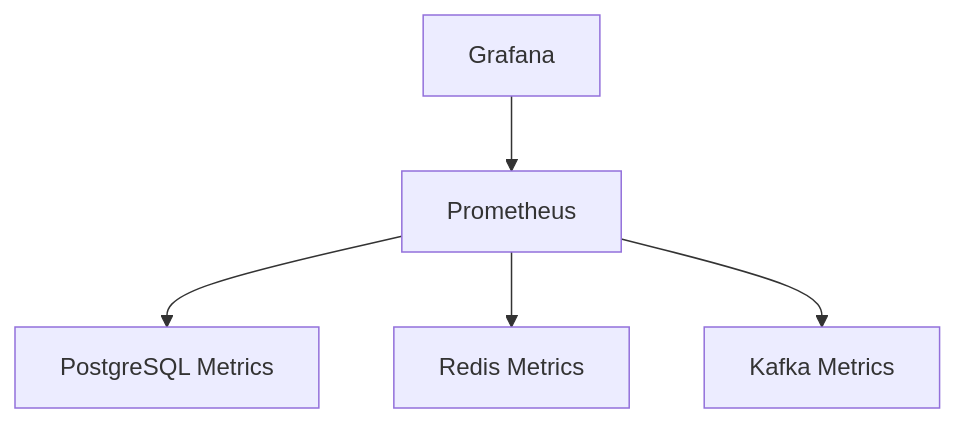
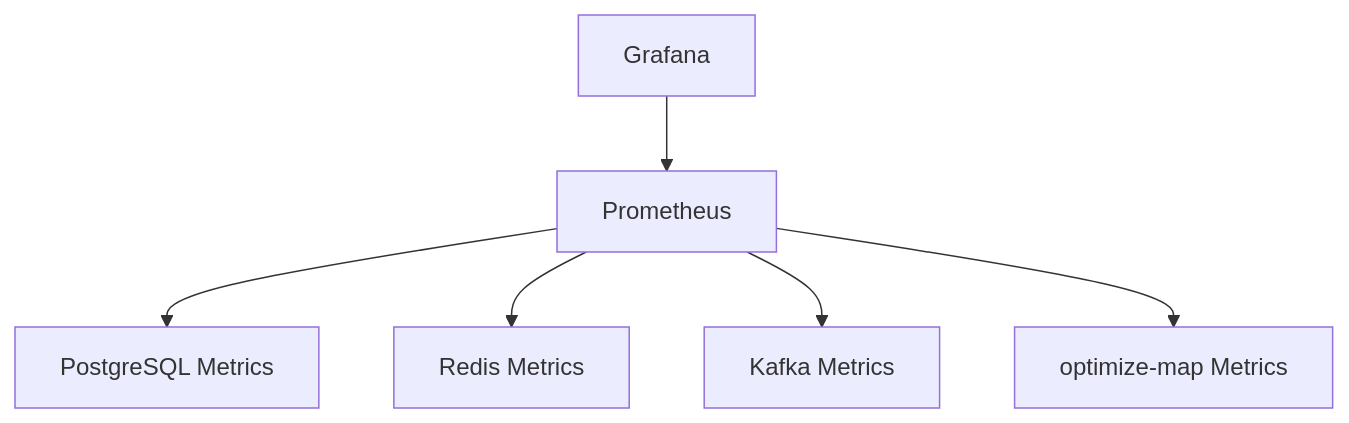
Before and after one commit to EgorZhidkov/navigator: the tenth of 11 diagrams in docs/ARCHITECTURE.md, drawn with Mermaid. The commit also changed other lines of this file and 1 other file, not shown here.

Commit message:
add optimize map and redis get data

````diff
--- a/docs/ARCHITECTURE.md
+++ b/docs/ARCHITECTURE.md
@@ -139,7 +199,8 @@
 ```mermaid
 graph TD
     A[Prometheus] --> B[PostgreSQL Metrics]
     A --> C[Redis Metrics]
     A --> D[Kafka Metrics]
+    A --> H[optimize-map Metrics]
     E[Grafana] --> A
 ```
````
